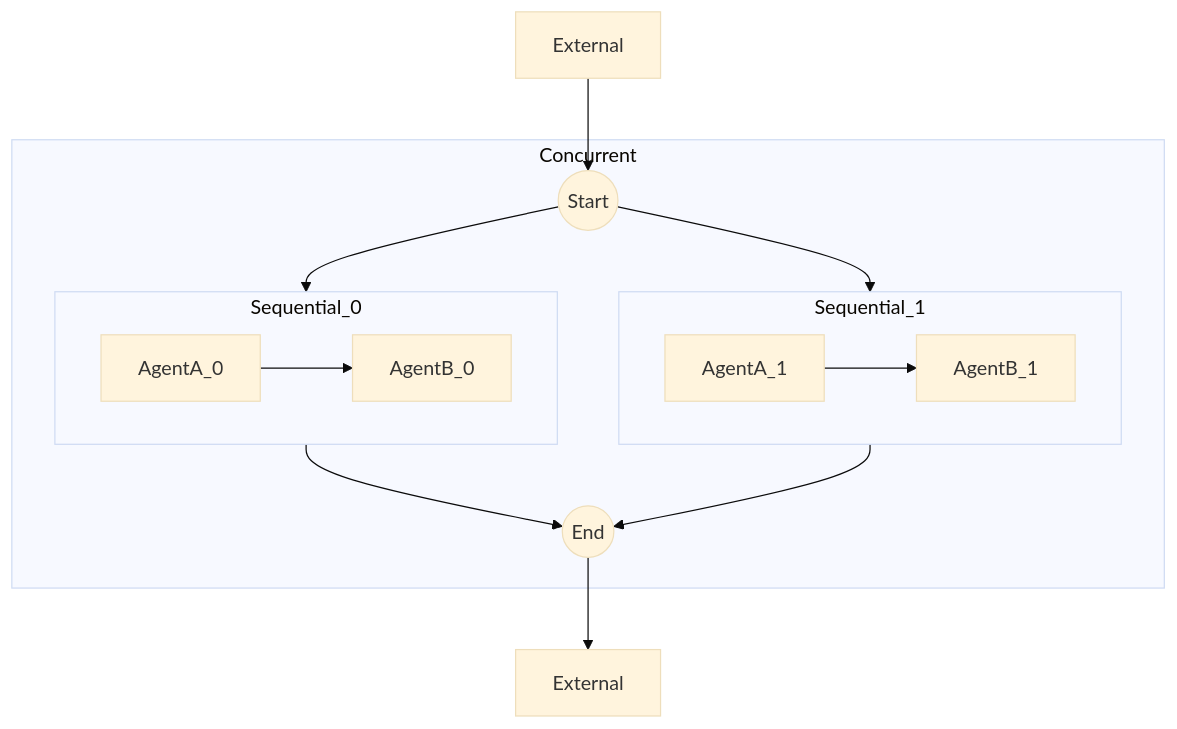
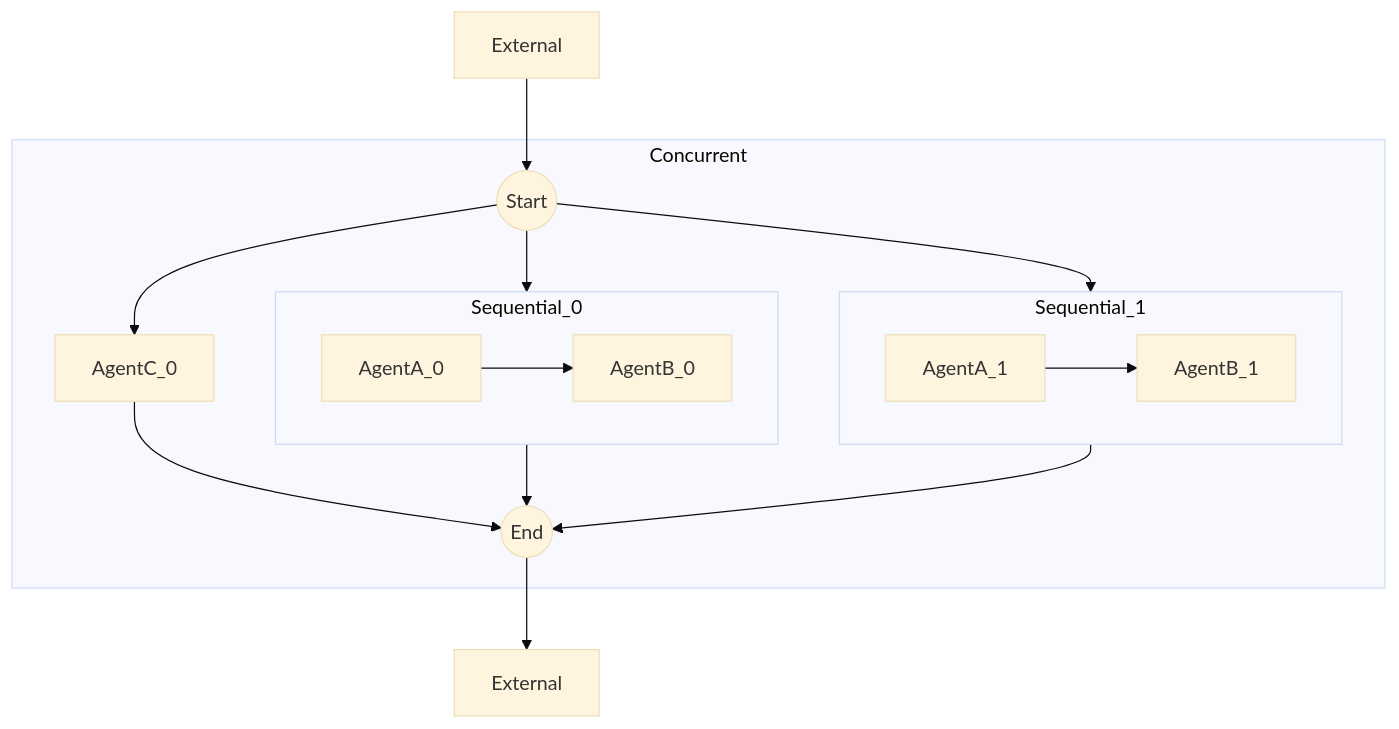
One commit to microsoft/semantic-kernel changed the first of 6 diagrams in docs/decisions/00xx-multi-agent-orchestration.md. Above: the diagram before and after it, drawn with Mermaid (base theme). The commit also changed other lines of this file, not shown here.

````diff
--- a/docs/decisions/00xx-multi-agent-orchestration.md
+++ b/docs/decisions/00xx-multi-agent-orchestration.md
@@ -93,26 +141,28 @@
 ```mermaid
 graph TD
   subgraph Concurrent
     A@{ shape: circle, label: "Start" }
     subgraph Sequential_0
         AgentA_0
         AgentB_0
         AgentA_0 --> AgentB_0
     end
 
     subgraph Sequential_1
         AgentA_1
         AgentB_1
         AgentA_1 --> AgentB_1
     end
     B@{ shape: circle, label: "End" }
 
     A --> Sequential_0
     A --> Sequential_1
+    A --> AgentC_0
     Sequential_0 --> B
     Sequential_1 --> B
+    AgentC_0 --> B
   end
 
   External0[External] --> A
   B --> External1[External]
 ```
````
